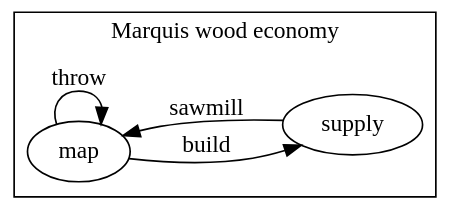
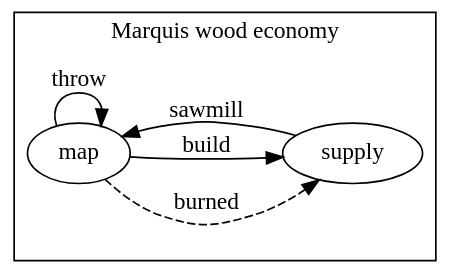
The diagram in diagrams/marquis-wood.dot (krawaller/root), drawn with Graphviz before and after one commit. The commit also changed 1 other file, not shown here.

```diff
--- a/diagrams/marquis-wood.dot
+++ b/diagrams/marquis-wood.dot
@@ -1,15 +1,17 @@
 digraph {
   rankdir = LR;
   bgcolor = transparent;
 
   subgraph cluster_marquisunits {
 
     label = "Marquis wood economy"
 
     map -> map [label="throw"]
 
     supply -> map [label="sawmill"]
 
+    map -> supply [label="burned" style=dashed]
+
     map -> supply [label="build"]
   }
 }
```
